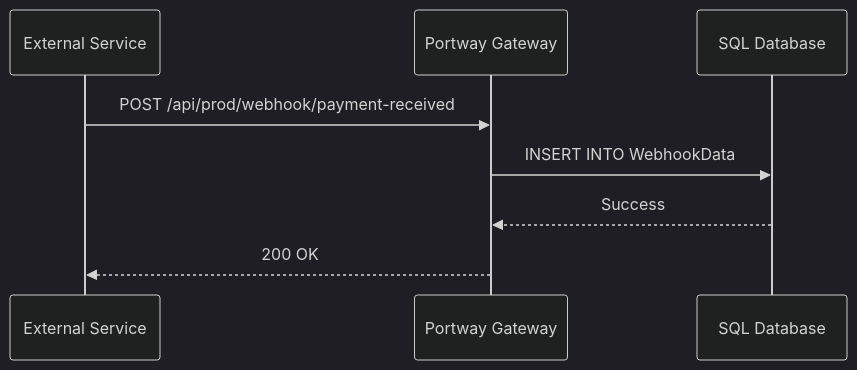
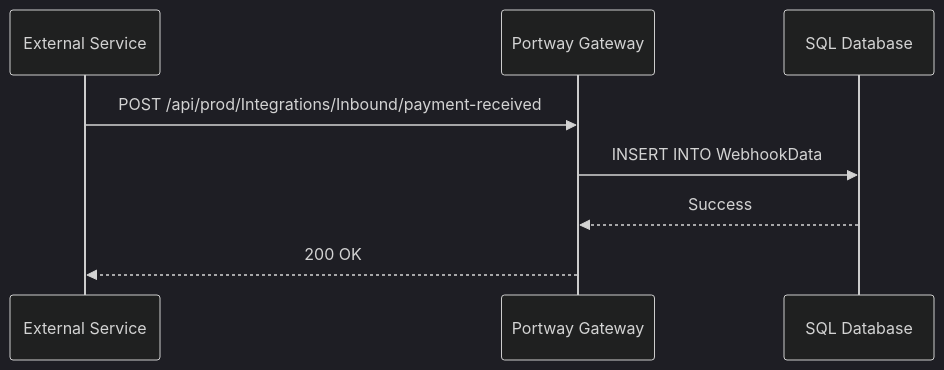
Before and after one commit to melosso/portway: the diagram in Documentation/docs/guide/endpoints-webhook.md, drawn with Mermaid (dark theme). The commit also changed other lines of this file and 9 other files, not shown here.

````diff
--- a/Documentation/docs/guide/endpoints-webhook.md
+++ b/Documentation/docs/guide/endpoints-webhook.md
@@ -10,11 +14,11 @@
 ```mermaid
 sequenceDiagram
     participant External as External Service
     participant Portway as Portway Gateway
     participant DB as SQL Database
 
-    External->>Portway: POST /api/prod/webhook/payment-received
+    External->>Portway: POST /api/prod/Integrations/Inbound/payment-received
     Portway->>DB: INSERT INTO WebhookData
     DB-->>Portway: Success
     Portway-->>External: 200 OK
 ```
````
